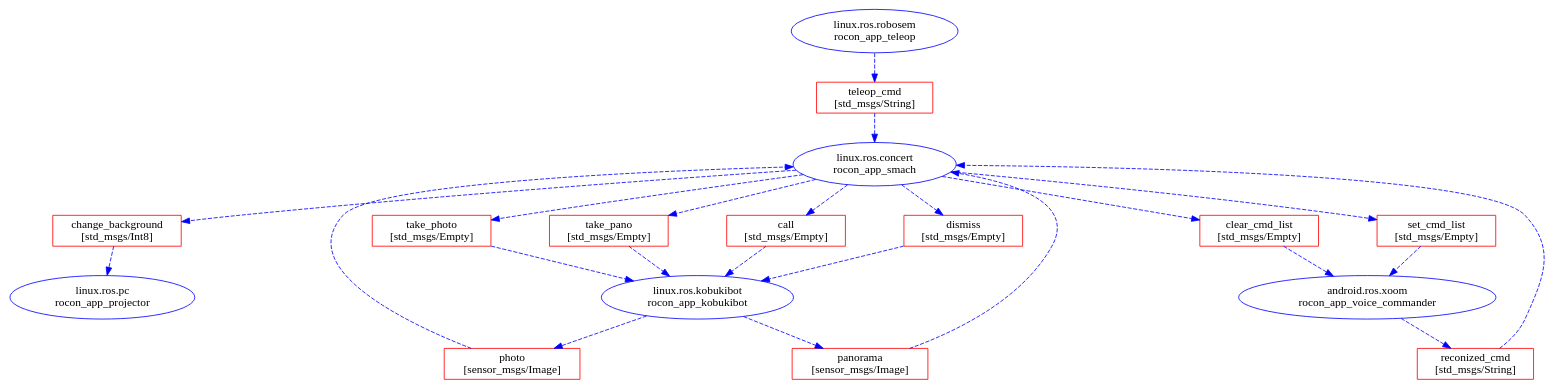
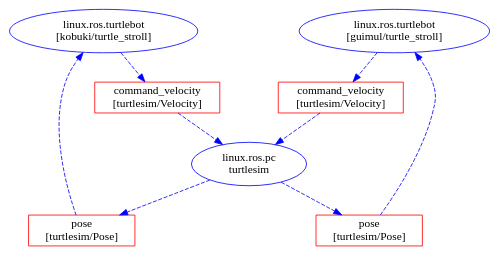
The diagram in turtle_concert/orchestration/implementation.dot (robotics-in-concert/rocon_demos), drawn with Graphviz before and after one commit. The commit also changed 2 other files, not shown here.

```diff
--- a/turtle_concert/orchestration/implementation.dot
+++ b/turtle_concert/orchestration/implementation.dot
@@ -1,58 +1,33 @@
 digraph hierarchy {
 
 	nodesep=1.0 // increases the separation between nodes
 
 	node [color=Red]
 	edge [color=Blue, style=dashed] //setup options
 
     // concert clients
-    rocon_app_smach [color=blue, shape=ellipse, label="linux.ros.concert\nrocon_app_smach"]
-    rocon_app_projector [color=blue, shape=ellipse, label="linux.ros.pc\nrocon_app_projector"]
-    rocon_app_teleop [color=blue, shape=ellipse, label="linux.ros.robosem\nrocon_app_teleop"]
-    rocon_app_kobukibot [color=blue, shape=ellipse, label="linux.ros.kobukibot\nrocon_app_kobukibot"]
-    rocon_app_voice [color=blue, shape=ellipse, label="android.ros.xoom\nrocon_app_voice_commander"]
+    kobuki [color=blue, shape=ellipse, label="linux.ros.turtlebot\n[kobuki/turtle_stroll]"]
+    guimul [color=blue, shape=ellipse, label="linux.ros.turtlebot\n[guimul/turtle_stroll]"]
+    turtlesim [color=blue, shape=ellipse, label="linux.ros.pc\nturtlesim"]
  
     // topics
-    change_background [color=red, shape=box, label="change_background\n[std_msgs/Int8]"]
-    
-    call [color=red, shape=box, label="call\n[std_msgs/Empty]"]
-    dismiss [color=red, shape=box, label="dismiss\n[std_msgs/Empty]"]
-    take_photo [color=red, shape=box, label="take_photo\n[std_msgs/Empty]"]
-    take_pano [color=red, shape=box, label="take_pano\n[std_msgs/Empty]"]
-    photo [color=red, shape=box, label="photo\n[sensor_msgs/Image]"]
-    panorama [color=red, shape=box, label="panorama\n[sensor_msgs/Image]"]
-    
-    clear_cmd_list [color=red, shape=box, label="clear_cmd_list\n[std_msgs/Empty]"]
-    set_cmd_list [color=red, shape=box, label="set_cmd_list\n[std_msgs/Empty]"]
-    recognized_cmd [color=red, shape=box, label="reconized_cmd\n[std_msgs/String]"]
-
-    teleop_cmd [color=red, shape=box, label="teleop_cmd\n[std_msgs/String]"]
+    kobuki_pose [color=red, shape=box, label="pose\n[turtlesim/Pose]"]
+    kobuki_command_velocity [color=red, shape=box, label="command_velocity\n[turtlesim/Velocity]"]
+    guimul_pose [color=red, shape=box, label="pose\n[turtlesim/Pose]"]
+    guimul_command_velocity [color=red, shape=box, label="command_velocity\n[turtlesim/Velocity]"]
     
     // links
-	//{rank = same; take_photo take_pano change_background call dismiss photo panorama}
+	{rank = same; kobuki guimul }
 	//{rank = same; clear_cmd_list set_cmd_list recognized_cmd}
-	rocon_app_smach->{ call dismiss take_photo take_pano }
-	call->rocon_app_kobukibot
-    dismiss->rocon_app_kobukibot
-    take_photo->rocon_app_kobukibot
-    take_pano->rocon_app_kobukibot
-	rocon_app_kobukibot->{ photo panorama }
-	photo->rocon_app_smach
-    panorama->rocon_app_smach
-
-	rocon_app_smach->change_background
-	change_background->rocon_app_projector
-	
-	rocon_app_voice->recognized_cmd
-	recognized_cmd->rocon_app_smach
-    rocon_app_smach->clear_cmd_list
-    clear_cmd_list->rocon_app_voice
-    rocon_app_smach->set_cmd_list
-	set_cmd_list->rocon_app_voice
-	
-    rocon_app_teleop->teleop_cmd
-    teleop_cmd->rocon_app_smach
+	kobuki->{ kobuki_command_velocity }
+    guimul->{ guimul_command_velocity }
+    kobuki_command_velocity->turtlesim
+    guimul_command_velocity->turtlesim
+    turtlesim->kobuki_pose
+    turtlesim->guimul_pose
+	kobuki_pose->kobuki
+    guimul_pose->guimul
 	
 	//{rank=same; John Jack} //they have the same rank
 	//John->Jack [dir=both] // but is still on the same level as Jack
 }
```
